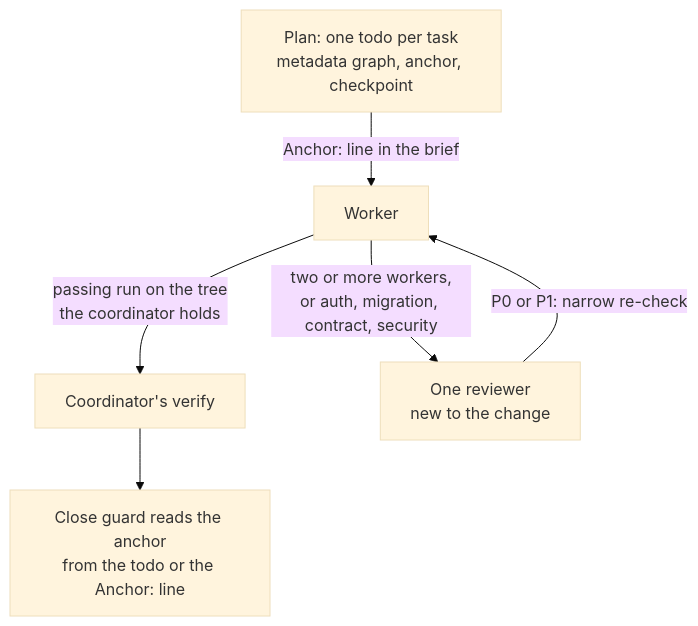
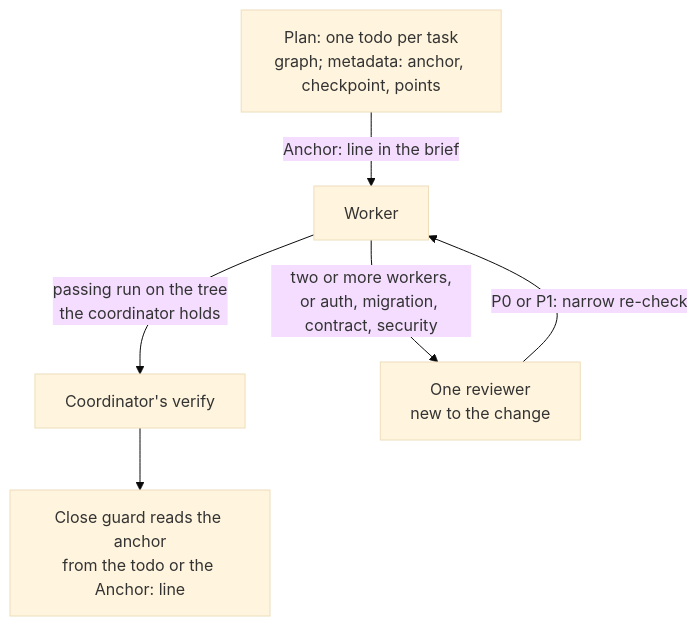
The first of 2 diagrams in site/src/content/docs/guide/with-straw-boss.md (wayne930242/anchorloop), drawn with Mermaid (base theme) before and after one commit. The commit also changed other lines of this file and 11 other files, not shown here.

````diff
--- a/site/src/content/docs/guide/with-straw-boss.md
+++ b/site/src/content/docs/guide/with-straw-boss.md
@@ -39,8 +39,8 @@
 ```mermaid
 flowchart TD
-  plan["Plan: one todo per task<br/>metadata graph, anchor, checkpoint"] -->|"Anchor: line in the brief"| worker["Worker"]
+  plan["Plan: one todo per task<br/>graph; metadata: anchor, checkpoint, points"] -->|"Anchor: line in the brief"| worker["Worker"]
   worker -->|"passing run on the tree<br/>the coordinator holds"| verify["Coordinator's verify"]
   worker -->|"two or more workers,<br/>or auth, migration, contract, security"| review["One reviewer<br/>new to the change"]
   review -->|"P0 or P1: narrow re-check"| worker
   verify --> guard["Close guard reads the anchor<br/>from the todo or the Anchor: line"]
 ```
````
